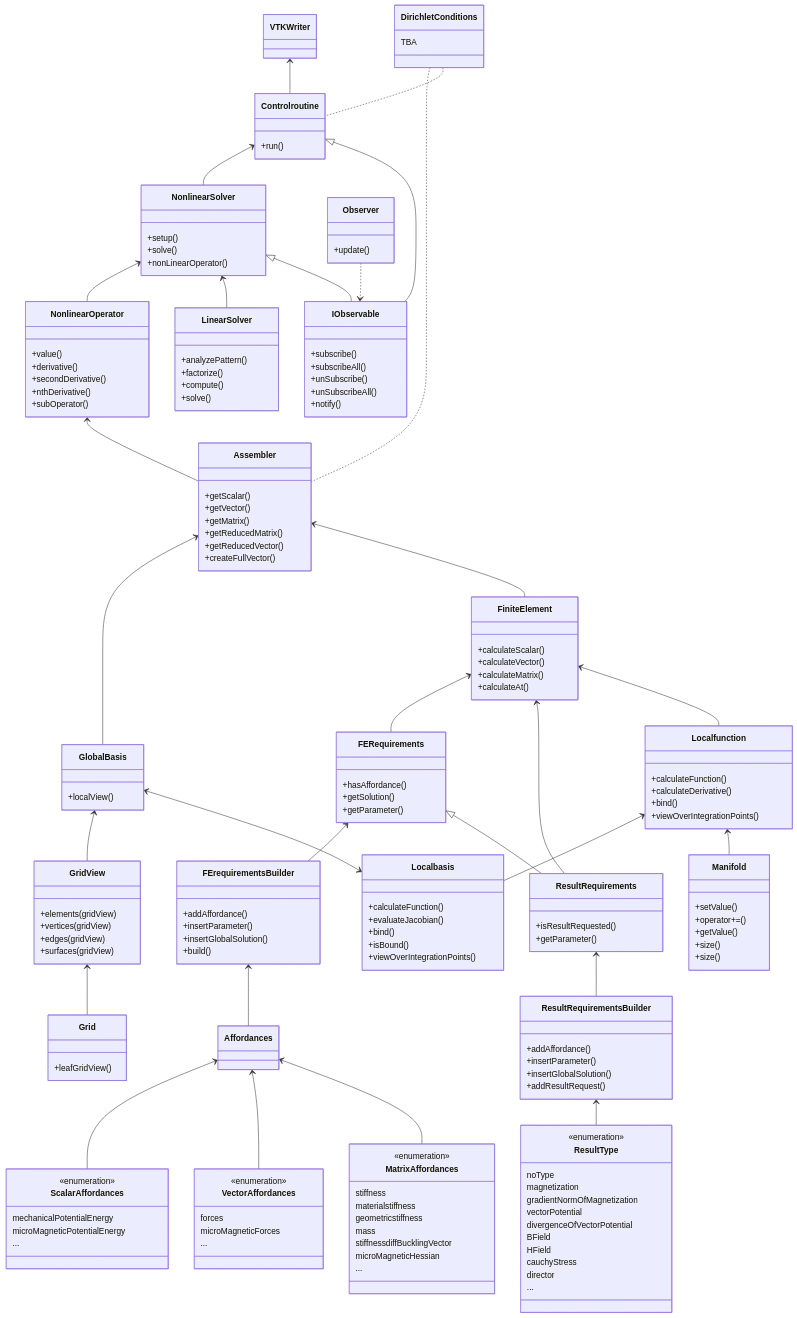
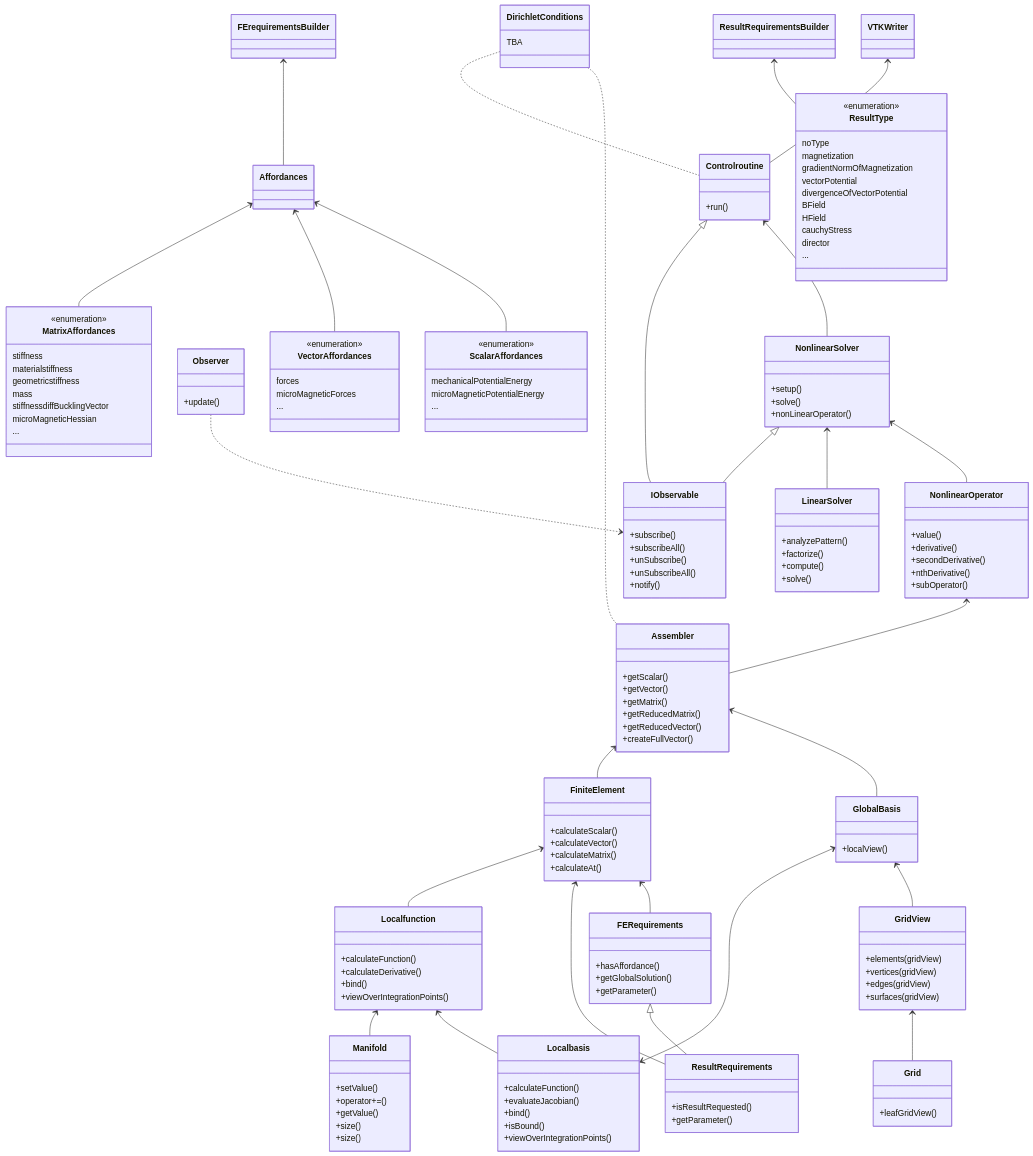
Before and after one commit to ikarus-project/ikarus: the diagram in docs/website/01_theory/overview.md, drawn with Mermaid. The commit also changed 8 other files, not shown here.

```diff
--- a/docs/website/01_theory/overview.md
+++ b/docs/website/01_theory/overview.md
@@ -13,8 +13,6 @@
   NonlinearOperator <-- Assembler
   Assembler <-- FiniteElement
   FiniteElement <-- FERequirements
-  FERequirements <-- FErequirementsBuilder
-  ResultRequirements <-- ResultRequirementsBuilder
   FERequirements <|-- ResultRequirements
   FiniteElement <-- ResultRequirements
   FiniteElement <-- Local function
@@ -94,7 +92,7 @@
   
   class FERequirements{
     +hasAffordance()
-    +getSolution()
+    +getGlobalSolution()
     +getParameter()
   } 
   
@@ -102,21 +100,7 @@
     +isResultRequested()
     +getParameter()
   }
-  
-  class ResultRequirementsBuilder{
-    +addAffordance()
-    +insertParameter()
-    +insertGlobalSolution()
-    +addResultRequest()
-  }
-  
-  class FErequirementsBuilder{
-    +addAffordance()
-    +insertParameter()
-    +insertGlobalSolution()
-    +build()
-  }
-  
+    
   class Assembler{
     +getScalar()
     +getVector()
```
